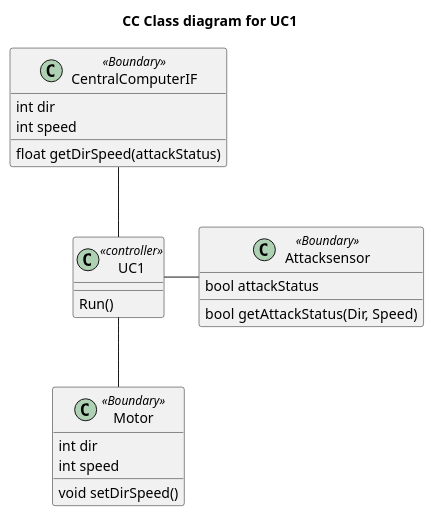
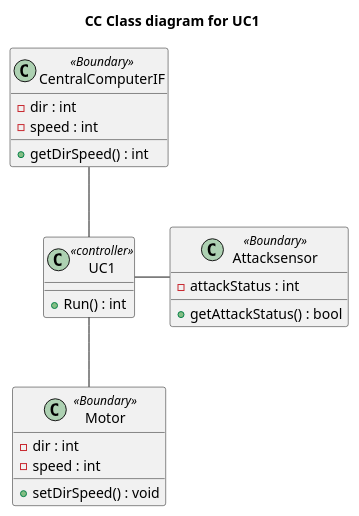
One commit to Solvgraa-mager/E3PRJ3 changed the diagram in Diagrammer/SumoBot/Classdiagram/SumoBot_ClassDiagram.plantuml. Above: the diagram before and after it, drawn with PlantUML.

Commit message:
Ændring i sumobot class

```diff
--- a/Diagrammer/SumoBot/Classdiagram/SumoBot_ClassDiagram.plantuml
+++ b/Diagrammer/SumoBot/Classdiagram/SumoBot_ClassDiagram.plantuml
@@ -1,29 +1,29 @@
 @startuml
 title CC Class diagram for UC1
 
 
 class UC1 <<controller>>{
-    Run()
+    +Run() : int
 }
 
 class Attacksensor<<Boundary>>{
-    bool attackStatus
-    bool getAttackStatus(Dir, Speed) 
+    -attackStatus : int
+    +getAttackStatus() : bool 
 }
 
 class Motor <<Boundary>>{
-    int dir
-    int speed
-    void setDirSpeed()
+    -dir : int
+    -speed : int
+    +setDirSpeed() : void
 }
 class CentralComputerIF <<Boundary>>{
-    int dir
-    int speed
-    float getDirSpeed(attackStatus)
+    -dir : int
+    -speed : int
+    +getDirSpeed() : int
 }
 
 CentralComputerIF -- UC1
 UC1 -- Motor
 UC1 - Attacksensor
 
 @enduml
```
